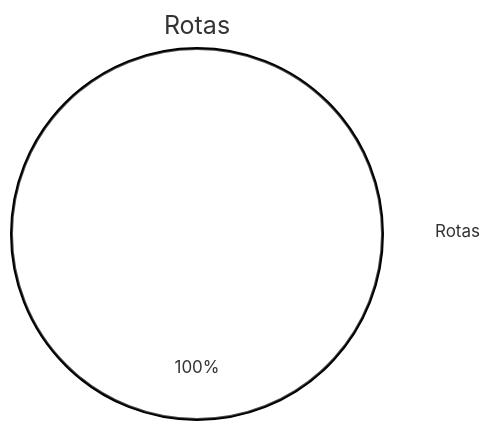
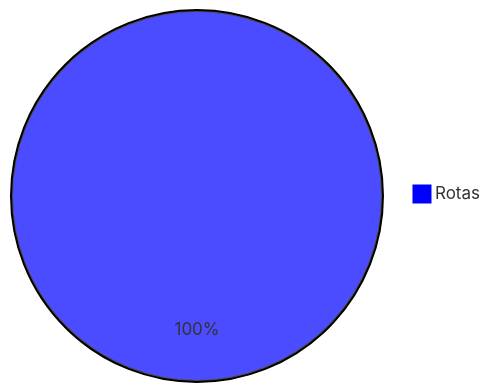
The first of 2 diagrams in README.md (desenvolvimento03onnet/onnet-comissao-api), drawn with Mermaid before and after one commit. The commit also changed other lines of this file, not shown here.

````diff
--- a/README.md
+++ b/README.md
@@ -51,5 +51,5 @@
 ```mermaid
-    %%{init: {'theme': 'base', 'themeVariables': { 'pie1': '#FFFFFF'}}}%%
-    pie title Rotas
+    %%{init: {'theme': 'base', 'themeVariables': { 'pie1': '#0000FF'}}}%%
+    pie
     "Rotas" : 100
 ```
````
